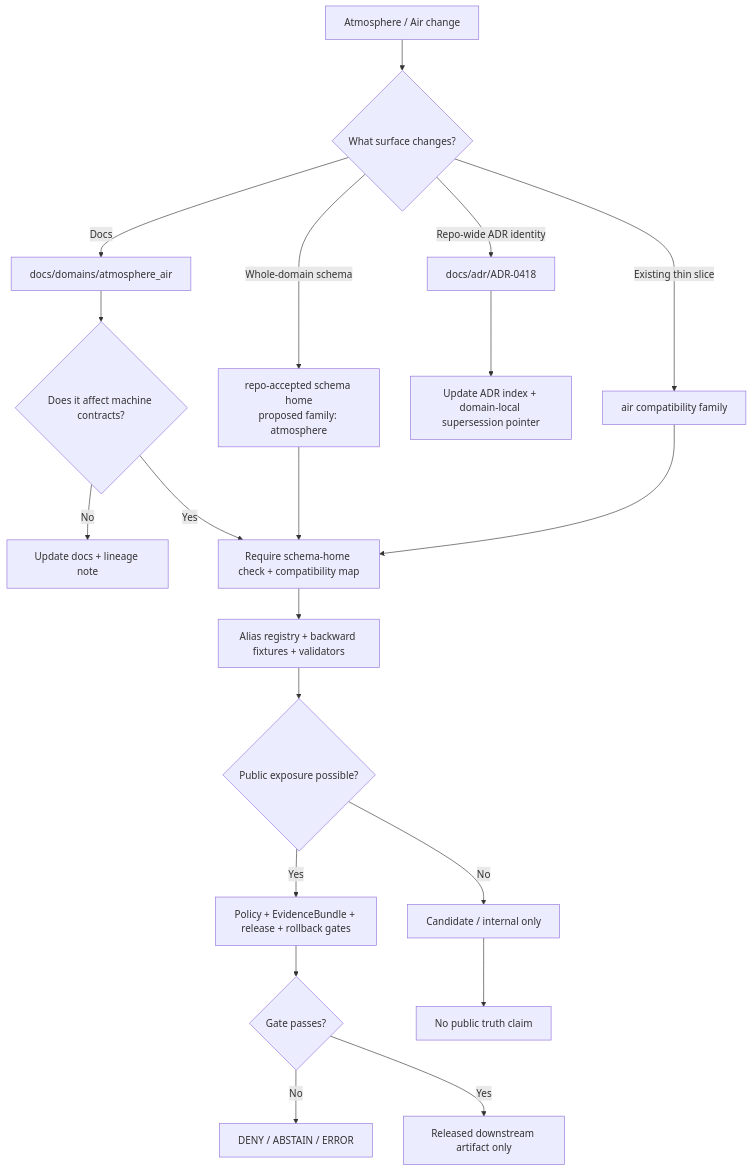
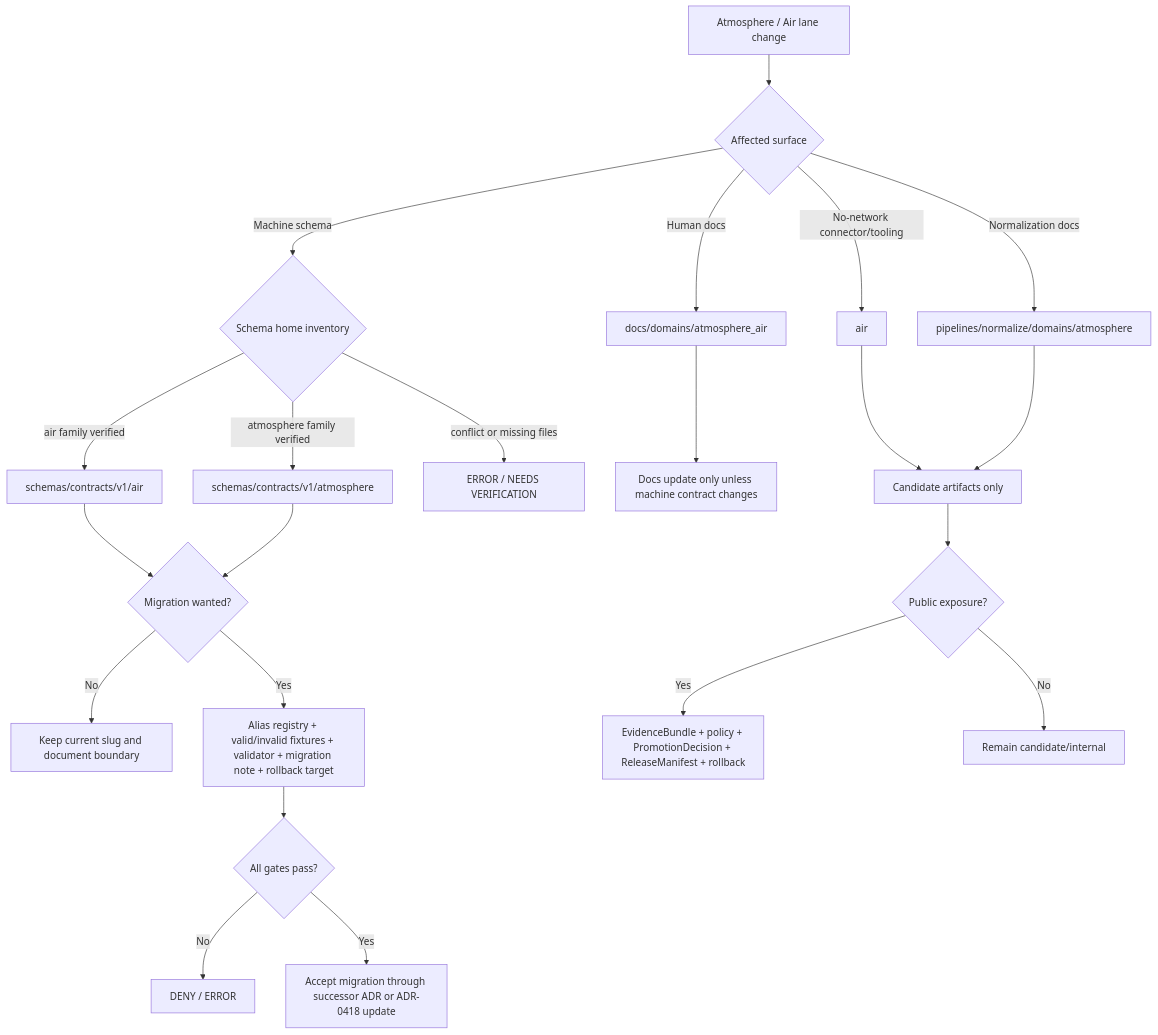
The diagram in docs/adr/ADR-0418-atmosphere-air-schema-slug-compatibility.md (bartytime4life/Kansas-Frontier-Matrix), drawn with Mermaid before and after one commit. The commit also changed other lines of this file, not shown here.

````diff
--- a/docs/adr/ADR-0418-atmosphere-air-schema-slug-compatibility.md
+++ b/docs/adr/ADR-0418-atmosphere-air-schema-slug-compatibility.md
@@ -206,28 +204,30 @@
 ```mermaid
 flowchart TD
-  A[Atmosphere / Air change] --> B{What surface changes?}
+  A[Atmosphere / Air lane change] --> B{Affected surface}
 
-  B -->|Repo-wide ADR identity| ADR[docs/adr/ADR-0418]
-  B -->|Docs| D[docs/domains/atmosphere_air]
-  B -->|Whole-domain schema| S[repo-accepted schema home<br/>proposed family: atmosphere]
-  B -->|Existing thin slice| I[air compatibility family]
+  B -->|Human docs| D[docs/domains/atmosphere_air]
+  B -->|No-network connector/tooling| I[air]
+  B -->|Normalization docs| N[pipelines/normalize/domains/atmosphere]
+  B -->|Machine schema| S{Schema home inventory}
 
-  ADR --> X[Update ADR index + domain-local supersession pointer]
-  D --> C{Does it affect machine contracts?}
-  C -->|No| DR[Update docs + lineage note]
-  C -->|Yes| M[Require schema-home check + compatibility map]
+  S -->|air family verified| AIR[schemas/contracts/v1/air]
+  S -->|atmosphere family verified| ATM[schemas/contracts/v1/atmosphere]
+  S -->|conflict or missing files| FAIL[ERROR / NEEDS VERIFICATION]
 
-  S --> M
-  I --> M
+  AIR --> ALIAS{Migration wanted?}
+  ATM --> ALIAS
 
-  M --> V[Alias registry + backward fixtures + validators]
-  V --> P{Public exposure possible?}
-  P -->|Yes| G[Policy + EvidenceBundle + release + rollback gates]
-  P -->|No| T[Candidate / internal only]
+  ALIAS -->|No| KEEP[Keep current slug and document boundary]
+  ALIAS -->|Yes| GATE[Alias registry + valid/invalid fixtures + validator + migration note + rollback target]
 
-  G --> Y{Gate passes?}
-  Y -->|No| F[DENY / ABSTAIN / ERROR]
-  Y -->|Yes| R[Released downstream artifact only]
+  GATE --> OK{All gates pass?}
+  OK -->|No| DENY[DENY / ERROR]
+  OK -->|Yes| MIGRATE[Accept migration through successor ADR or ADR-0418 update]
 
-  T --> N[No public truth claim]
+  D --> DOC[Docs update only unless machine contract changes]
+  I --> CAND[Candidate artifacts only]
+  N --> CAND
+  CAND --> PUB{Public exposure?}
+  PUB -->|Yes| RELEASE[EvidenceBundle + policy + PromotionDecision + ReleaseManifest + rollback]
+  PUB -->|No| HOLD[Remain candidate/internal]
 ```
````
